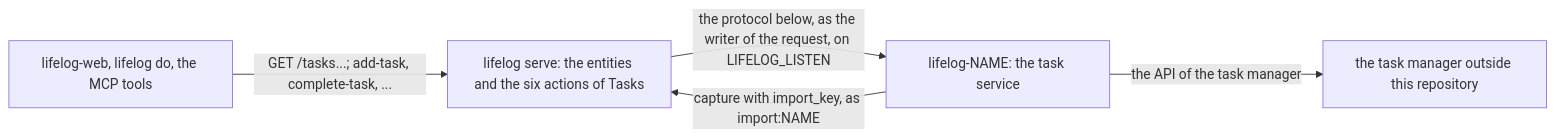
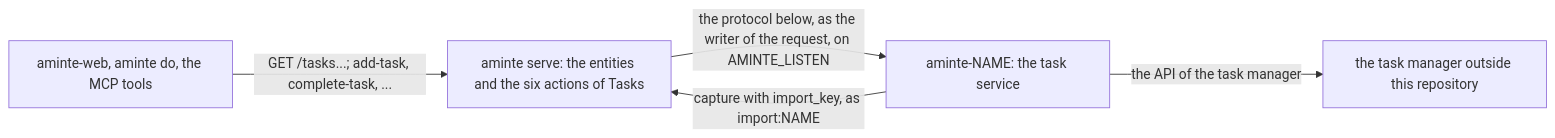
Before and after one commit to alexradunet/aminte: the fifth of 6 diagrams in extensions/README.md, drawn with Mermaid. The commit also changed other lines of this file and 554 other files, not shown here.

First line of the commit message:
rename the project from lifelog to aminte

````diff
--- a/extensions/README.md
+++ b/extensions/README.md
@@ -244,7 +244,7 @@
 ```mermaid
 flowchart LR
-  B["lifelog-web, lifelog do, the MCP tools"] -->|"GET /tasks...; add-task, complete-task, ..."| L["lifelog serve: the entities and the six actions of Tasks"]
-  L -->|"the protocol below, as the writer of the request, on LIFELOG_LISTEN"| S["lifelog-NAME: the task service"]
+  B["aminte-web, aminte do, the MCP tools"] -->|"GET /tasks...; add-task, complete-task, ..."| L["aminte serve: the entities and the six actions of Tasks"]
+  L -->|"the protocol below, as the writer of the request, on AMINTE_LISTEN"| S["aminte-NAME: the task service"]
   S -->|"the API of the task manager"| T["the task manager outside this repository"]
   S -->|"capture with import_key, as import:NAME"| L
 ```
````
